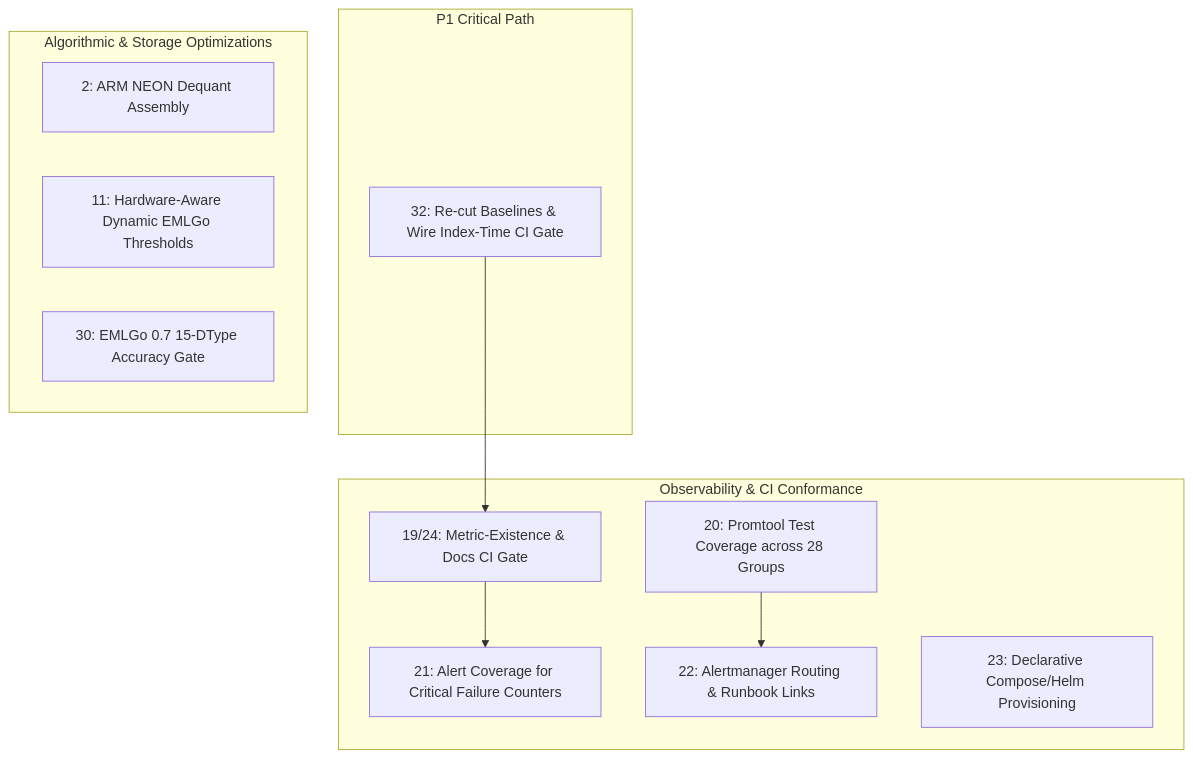
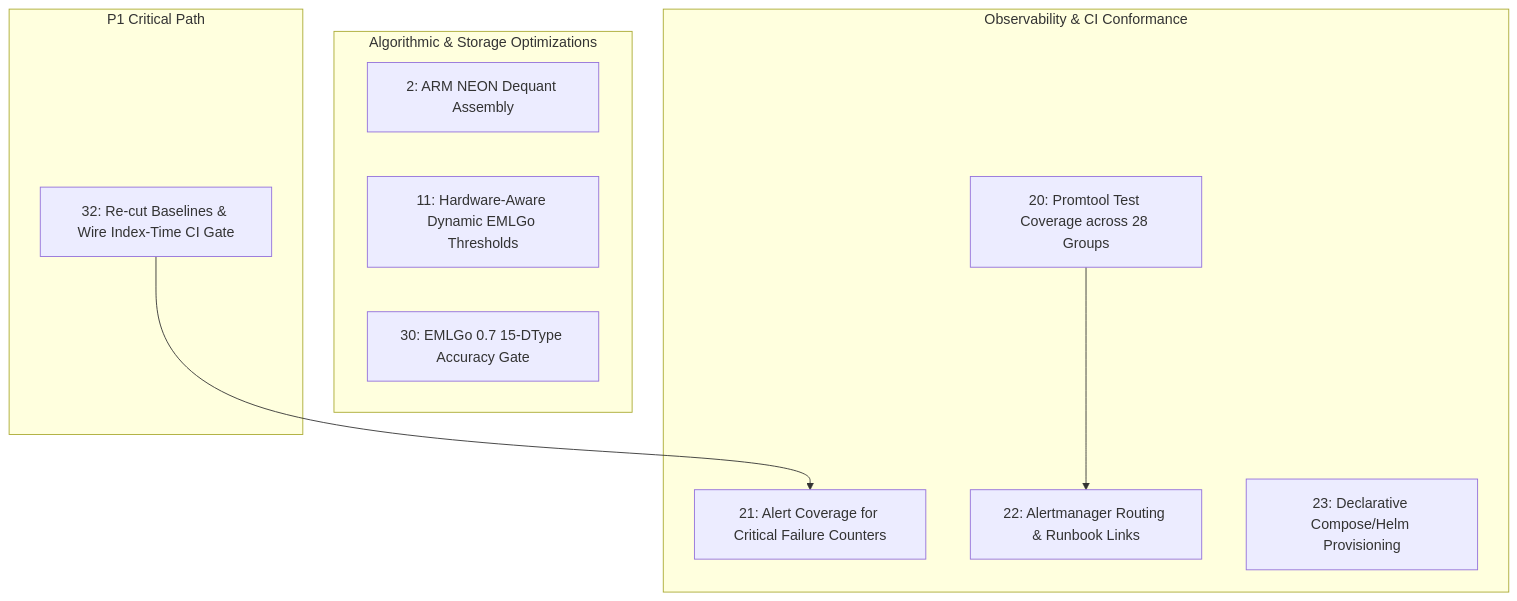
One commit to 23skdu/longbow changed the diagram in docs/roadmap.md. Above: the diagram before and after it, drawn with Mermaid. The commit also changed other lines of this file, not shown here.

Commit message:
docs(roadmap): mark Item 19 & 24 as completed and verified

````diff
--- a/docs/roadmap.md
+++ b/docs/roadmap.md
@@ -15,22 +15,20 @@
 ```mermaid
 graph TD
     subgraph P1["P1 Critical Path"]
         I32["32: Re-cut Baselines & Wire Index-Time CI Gate"]
     end
     subgraph P2["Algorithmic & Storage Optimizations"]
         I2["2: ARM NEON Dequant Assembly"]
         I11["11: Hardware-Aware Dynamic EMLGo Thresholds"]
         I30["30: EMLGo 0.7 15-DType Accuracy Gate"]
     end
     subgraph P3["Observability & CI Conformance"]
-        I19["19/24: Metric-Existence & Docs CI Gate"]
         I21["21: Alert Coverage for Critical Failure Counters"]
         I20["20: Promtool Test Coverage across 28 Groups"]
         I22["22: Alertmanager Routing & Runbook Links"]
         I23["23: Declarative Compose/Helm Provisioning"]
     end
 
-    I32 --> I19
-    I19 --> I21
+    I32 --> I21
     I20 --> I22
 ```
````
